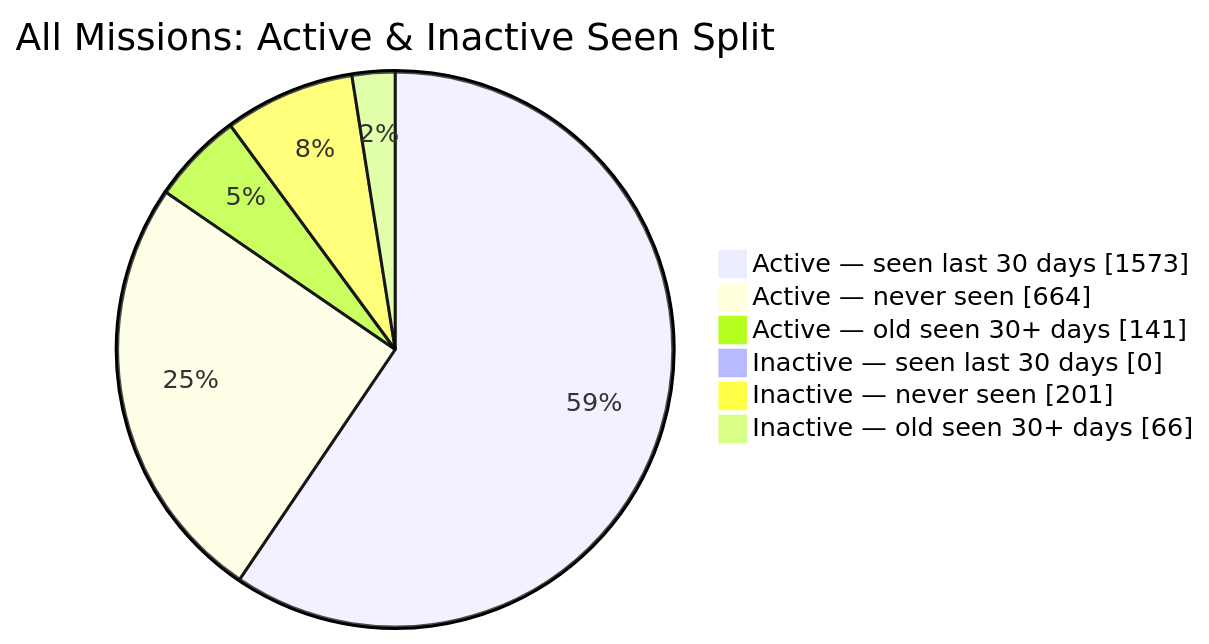
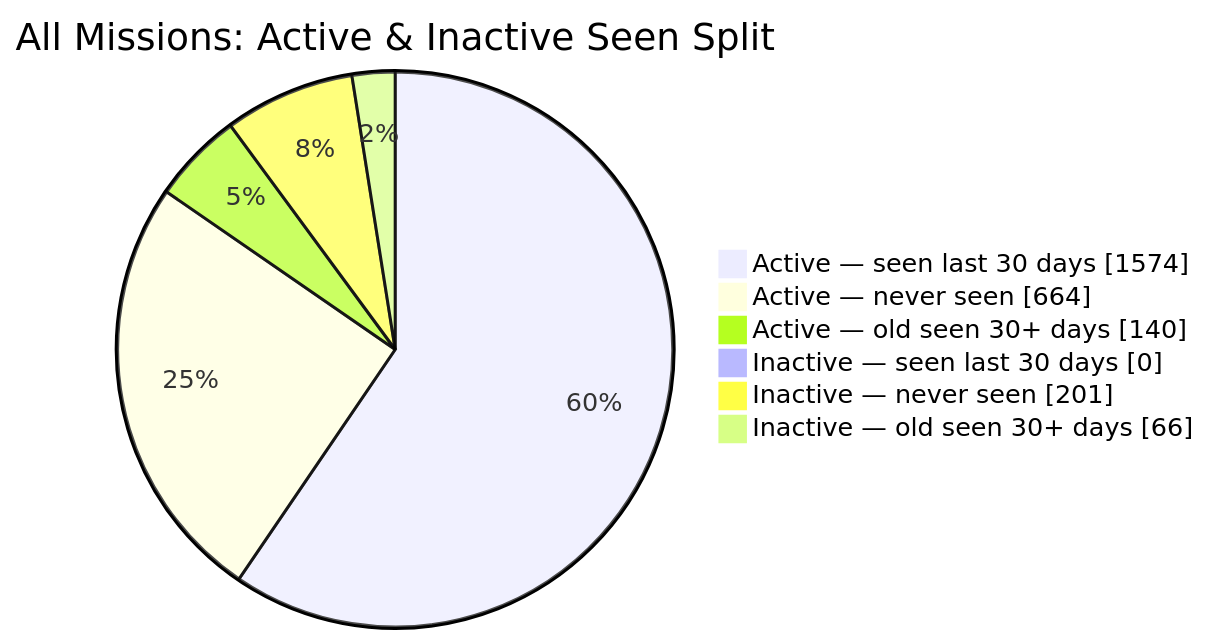
Before and after one commit to MeldkamerspelGameTeam/active-missions: the second of 2 diagrams in README.md, drawn with Mermaid. The commit also changed other lines of this file and 2 other files, not shown here.

````diff
--- a/README.md
+++ b/README.md
@@ -44,10 +44,10 @@
 ```mermaid
 pie showData
     title All Missions: Active & Inactive Seen Split
-    "Active — seen last 30 days" : 1573
+    "Active — seen last 30 days" : 1574
     "Active — never seen" : 664
-    "Active — old seen 30+ days" : 141
+    "Active — old seen 30+ days" : 140
     "Inactive — seen last 30 days" : 0
     "Inactive — never seen" : 201
     "Inactive — old seen 30+ days" : 66
 ```
````
